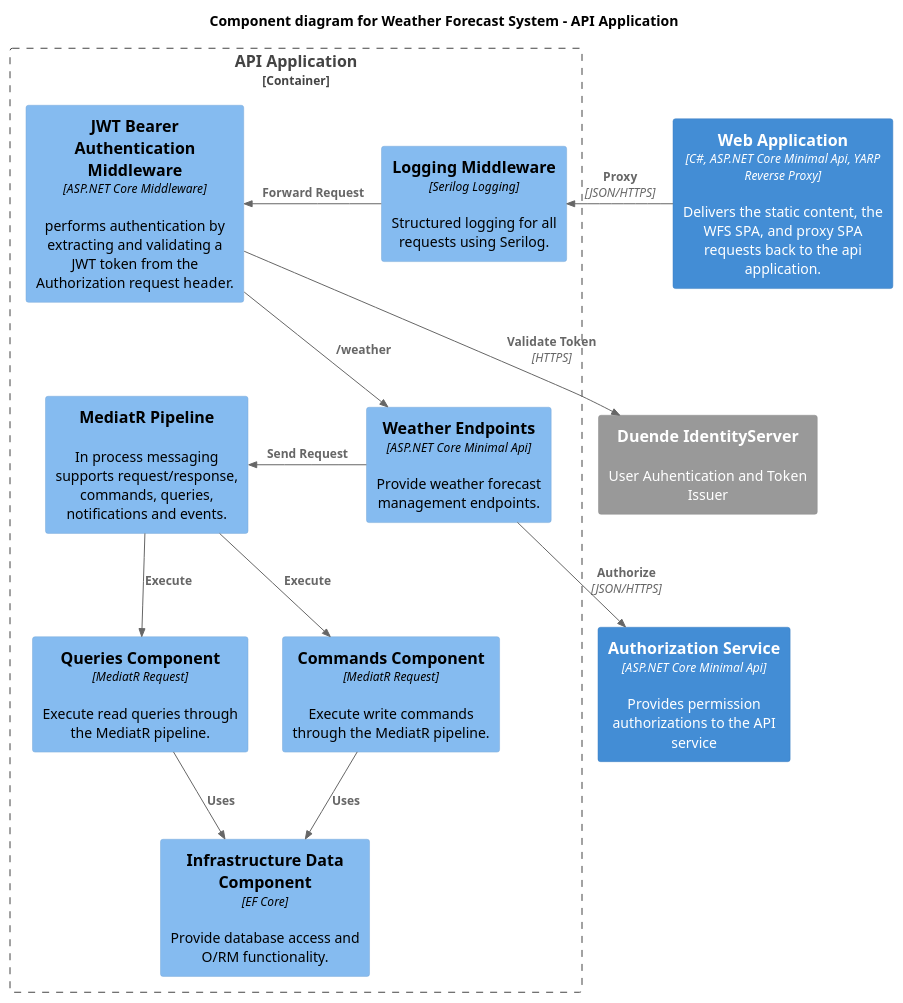
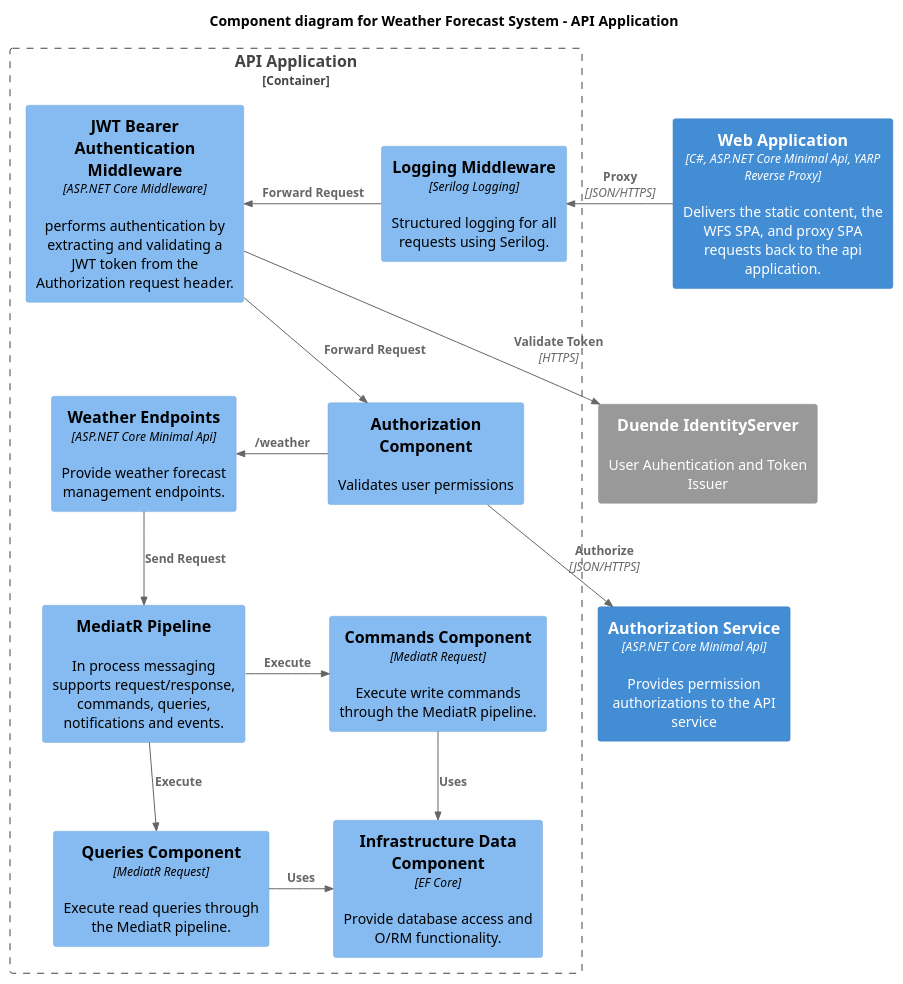
Before and after one commit to salmarsumi/CleanArchitecture: the diagram in architecture/component_api.puml, drawn with PlantUML.

Commit message:
api components with authorization

```diff
--- a/architecture/component_api.puml
+++ b/architecture/component_api.puml
@@ -1,36 +1,41 @@
 @startuml
 
 !include https://raw.githubusercontent.com/plantuml-stdlib/C4-PlantUML/master/C4_Component.puml
 
 HIDE_STEREOTYPE()
 
 title Component diagram for Weather Forecast System - API Application
 
 Container(web_app, "Web Application", "C#, ASP.NET Core Minimal Api, YARP Reverse Proxy", "Delivers the static content, the WFS SPA, and proxy SPA requests back to the api application.")
 Container(authz, "Authorization Service", "ASP.NET Core Minimal Api", "Provides permission authorizations to the API service")
 
 System_Ext(identity, "Duende IdentityServer", "User Auhentication and Token Issuer")
 
 Container_Boundary(api, "API Application") {
     Component(log, "Logging Middleware", "Serilog Logging", "Structured logging for all requests using Serilog.")
     Component(auth, "JWT Bearer Authentication Middleware", "ASP.NET Core Middleware", "performs authentication by extracting and validating a JWT token from the Authorization request header.")
+    Component(authz_com, "Authorization Component", "", "Validates user permissions")
     Component(mediatr, "MediatR Pipeline", "", "In process messaging supports request/response, commands, queries, notifications and events.")
     Component(weather_ep, "Weather Endpoints", "ASP.NET Core Minimal Api", "Provide weather forecast management endpoints.")
     Component(data, "Infrastructure Data Component", "EF Core", "Provide database access and O/RM functionality.")
     Component(commands, "Commands Component", "MediatR Request", "Execute write commands through the MediatR pipeline.")
     Component(queries, "Queries Component", "MediatR Request", "Execute read queries through the MediatR pipeline.")
 }
 
-Rel_R(weather_ep, mediatr, "Send Request")
-Rel(mediatr, commands, "Execute")
+Rel(weather_ep, mediatr, "Send Request")
+Rel_R(mediatr, commands, "Execute")
 Rel(mediatr, queries, "Execute")
 Rel(commands, data, "Uses")
-Rel(queries, data, "Uses")
+Rel_R(queries, data, "Uses")
 
-Rel(weather_ep, authz, "Authorize", "JSON/HTTPS")
+Rel(authz_com, authz, "Authorize", "JSON/HTTPS")
 Rel(auth, identity, "Validate Token", "HTTPS")
-Rel(auth, weather_ep, "/weather")
-Rel_R(web_app, log, "Proxy", "JSON/HTTPS")
+Rel_R(authz_com, weather_ep, "/weather")
+Rel(auth, authz_com, "Forward Request")
+Rel_L(web_app, log, "Proxy", "JSON/HTTPS")
 Rel_L(log, auth, "Forward Request")
 
+Lay_R(mediatr, commands)
+Lay_U(mediatr, queries)
+
 @enduml
```
